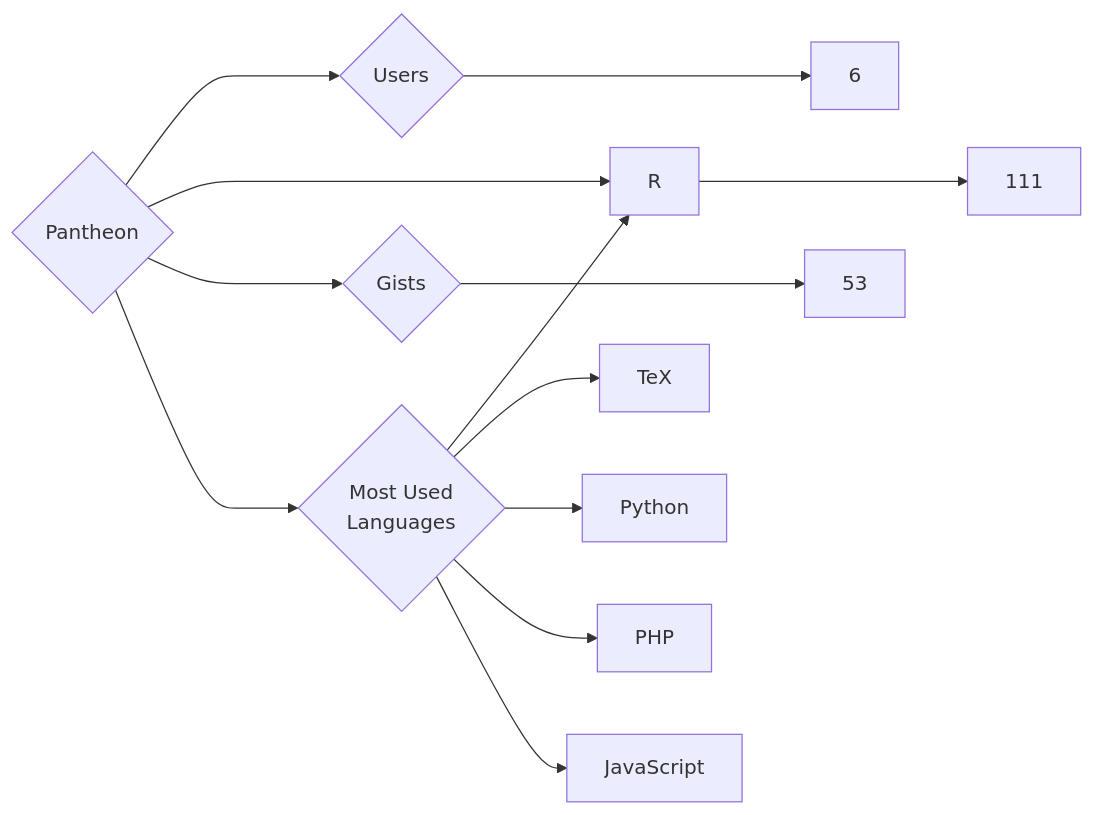
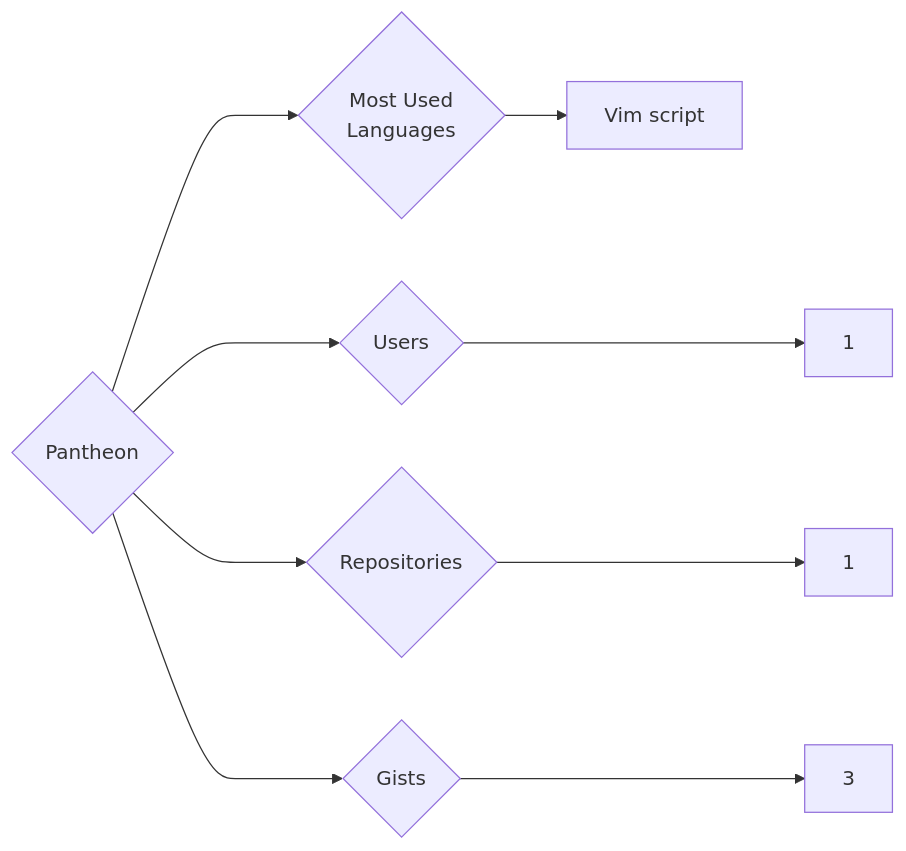
The diagram in targets/Pantheon/README.md (trickest/insiders), drawn with Mermaid before and after one commit. The commit also changed 677 other files, not shown here.

````diff
--- a/targets/Pantheon/README.md
+++ b/targets/Pantheon/README.md
@@ -3,13 +3,9 @@
 ```mermaid
 graph LR
 COMPANY_NAME{Pantheon}
-COMPANY_NAME ---> U{Users} ---> UN[6]
-COMPANY_NAME ---> R{Repositories} ---> RN[111]
-COMPANY_NAME ---> G{Gists} ---> GN[53]
+COMPANY_NAME ---> U{Users} ---> UN[1]
+COMPANY_NAME ---> R{Repositories} ---> RN[1]
+COMPANY_NAME ---> G{Gists} ---> GN[3]
 COMPANY_NAME ---> ML{Most Used<br>Languages}
-ML --> R[R]
-ML --> TeX[TeX]
-ML --> Python[Python]
-ML --> PHP[PHP]
-ML --> JavaScript[JavaScript]
+ML --> Vim_script[Vim script]
 ```
````
